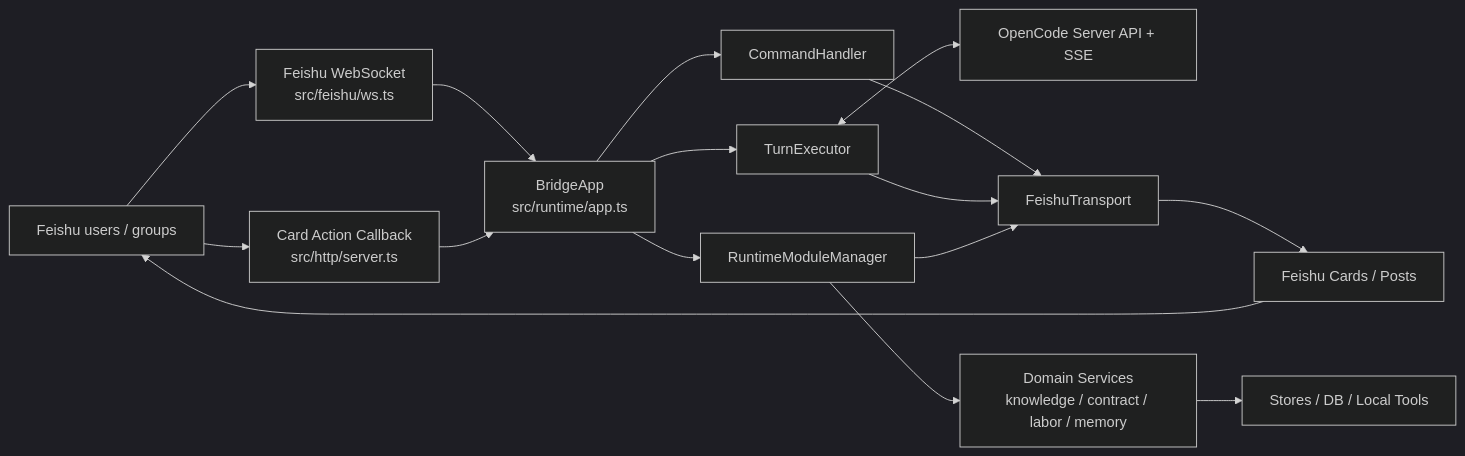
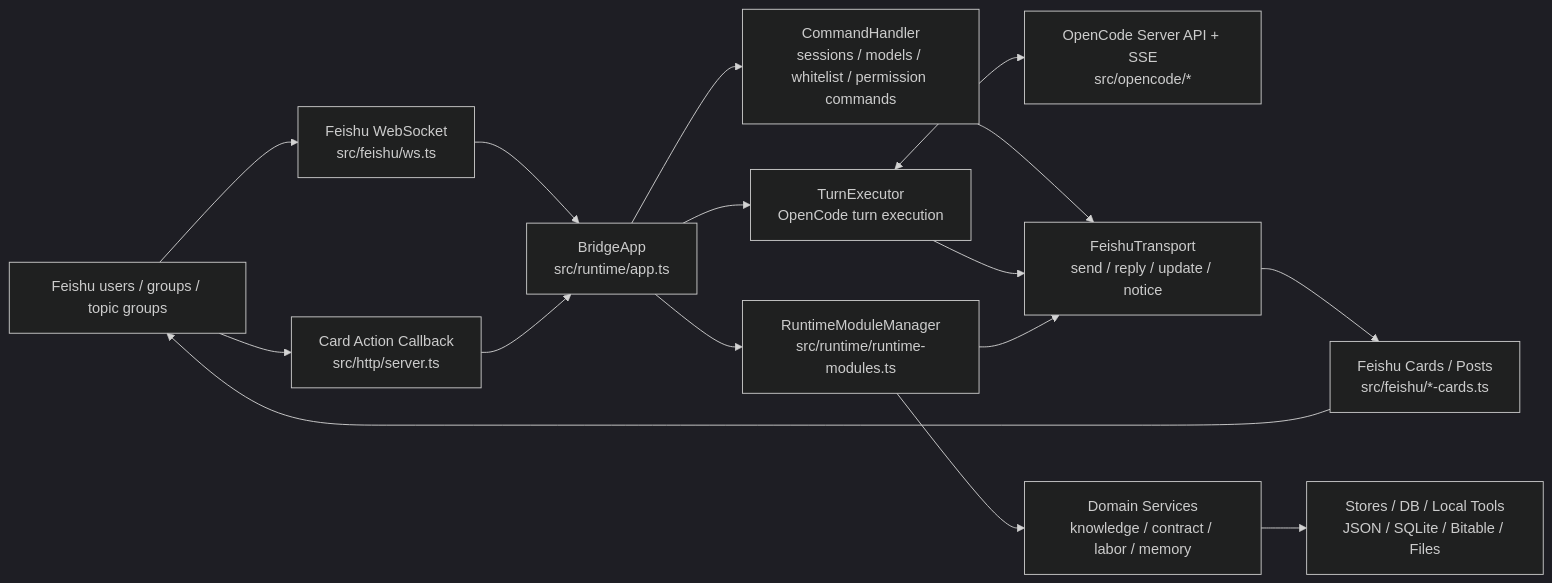
One commit to Clukay-Fun/feishu-opencode-bridge changed the first of 2 diagrams in README.en.md. Above: the diagram before and after it, drawn with Mermaid (dark theme). The commit also changed other lines of this file, not shown here.

````diff
--- a/README.en.md
+++ b/README.en.md
@@ -39,22 +57,22 @@
 ```mermaid
 flowchart LR
-    user["Feishu users / groups"] --> ws["Feishu WebSocket<br/>src/feishu/ws.ts"]
+    user["Feishu users / groups / topic groups"] --> ws["Feishu WebSocket<br/>src/feishu/ws.ts"]
     user --> callback["Card Action Callback<br/>src/http/server.ts"]
 
     ws --> app["BridgeApp<br/>src/runtime/app.ts"]
     callback --> app
 
-    app --> command["CommandHandler"]
-    app --> executor["TurnExecutor"]
-    app --> modules["RuntimeModuleManager"]
+    app --> command["CommandHandler<br/>sessions / models / whitelist / permission commands"]
+    app --> executor["TurnExecutor<br/>OpenCode turn execution"]
+    app --> modules["RuntimeModuleManager<br/>src/runtime/runtime-modules.ts"]
 
-    executor <--> opencode["OpenCode Server API + SSE"]
+    executor <--> opencode["OpenCode Server API + SSE<br/>src/opencode/*"]
     modules --> services["Domain Services<br/>knowledge / contract / labor / memory"]
-    services --> stores["Stores / DB / Local Tools"]
+    services --> stores["Stores / DB / Local Tools<br/>JSON / SQLite / Bitable / Files"]
 
-    command --> transport["FeishuTransport"]
+    command --> transport["FeishuTransport<br/>send / reply / update / notice"]
     executor --> transport
     modules --> transport
-    transport --> cards["Feishu Cards / Posts"]
+    transport --> cards["Feishu Cards / Posts<br/>src/feishu/*-cards.ts"]
     cards --> user
 ```
````
